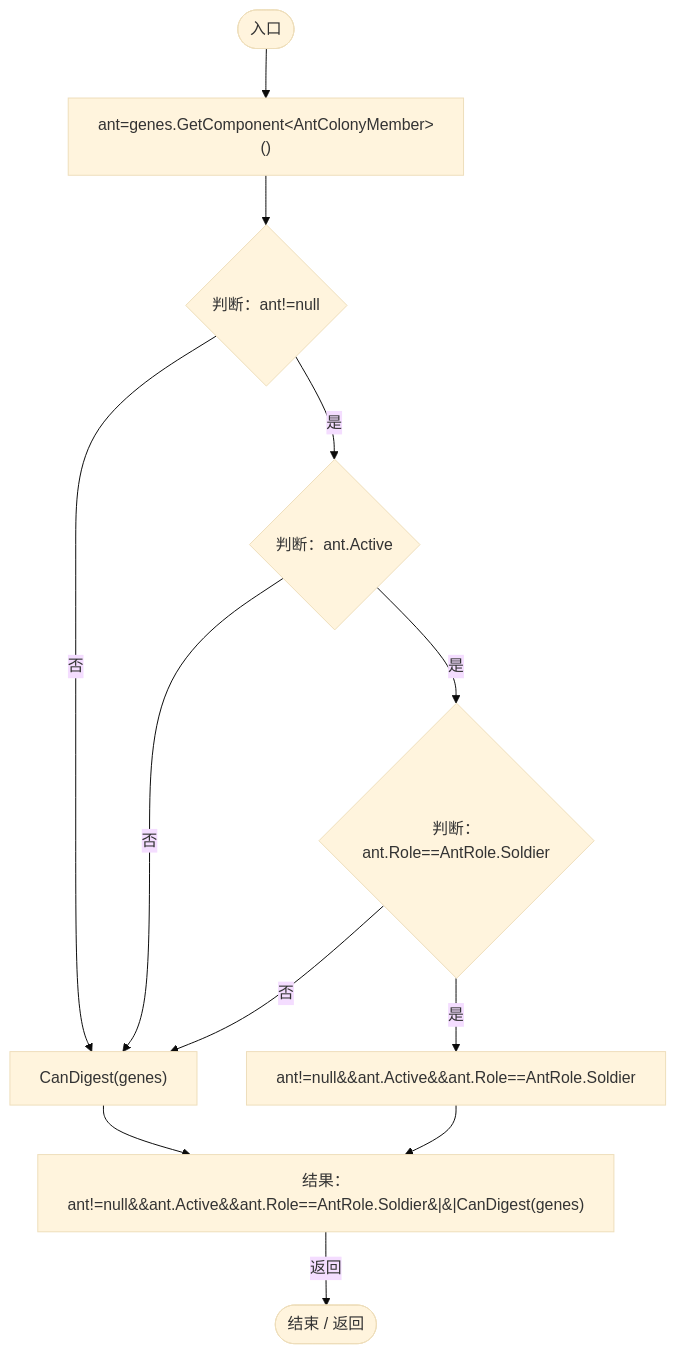
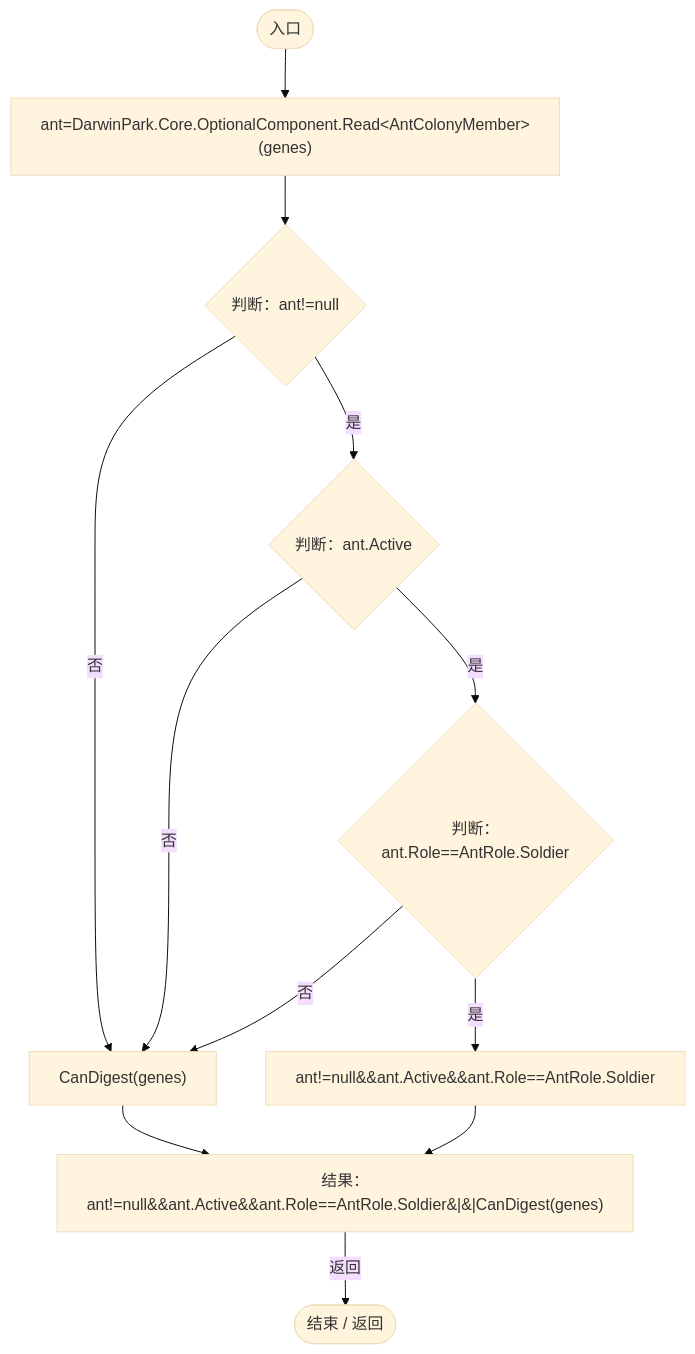
The fourth of 8 diagrams in Docs/运行流程图/脚本/081d3b8ff683e442.md (xhs6666/Darwin_paradise), drawn with Mermaid (base theme) before and after one commit. The commit also changed other lines of this file and 297 other files, not shown here.

````diff
--- a/Docs/运行流程图/脚本/081d3b8ff683e442.md
+++ b/Docs/运行流程图/脚本/081d3b8ff683e442.md
@@ -145,24 +145,24 @@
 ```mermaid
 flowchart TD
   b0(["入口"])
-  b1["ant=genes.GetComponent&lt;AntColonyMember&gt;()"]
+  b1["ant=DarwinPark.Core.OptionalComponent.Read&lt;AntColonyMember&gt;(genes)"]
   b2{"判断：ant!=null"}
   b3{"判断：ant.Active"}
   b4{"判断：ant.Role==AntRole.Soldier"}
   b5["CanDigest(genes)"]
   b6["ant!=null&amp;&amp;ant.Active&amp;&amp;ant.Role==AntRole.Soldier"]
   b7["结果：ant!=null&amp;&amp;ant.Active&amp;&amp;ant.Role==AntRole.Soldier&#124;&#124;CanDigest(genes)"]
   b8(["结束 / 返回"])
   b0 --> b1
   b1 --> b2
   b2 -->|"是"| b3
   b2 -->|"否"| b5
   b3 -->|"是"| b4
   b3 -->|"否"| b5
   b4 -->|"否"| b5
   b4 -->|"是"| b6
   b5 --> b7
   b6 --> b7
   b7 -->|"返回"| b8
 
 ```
````
